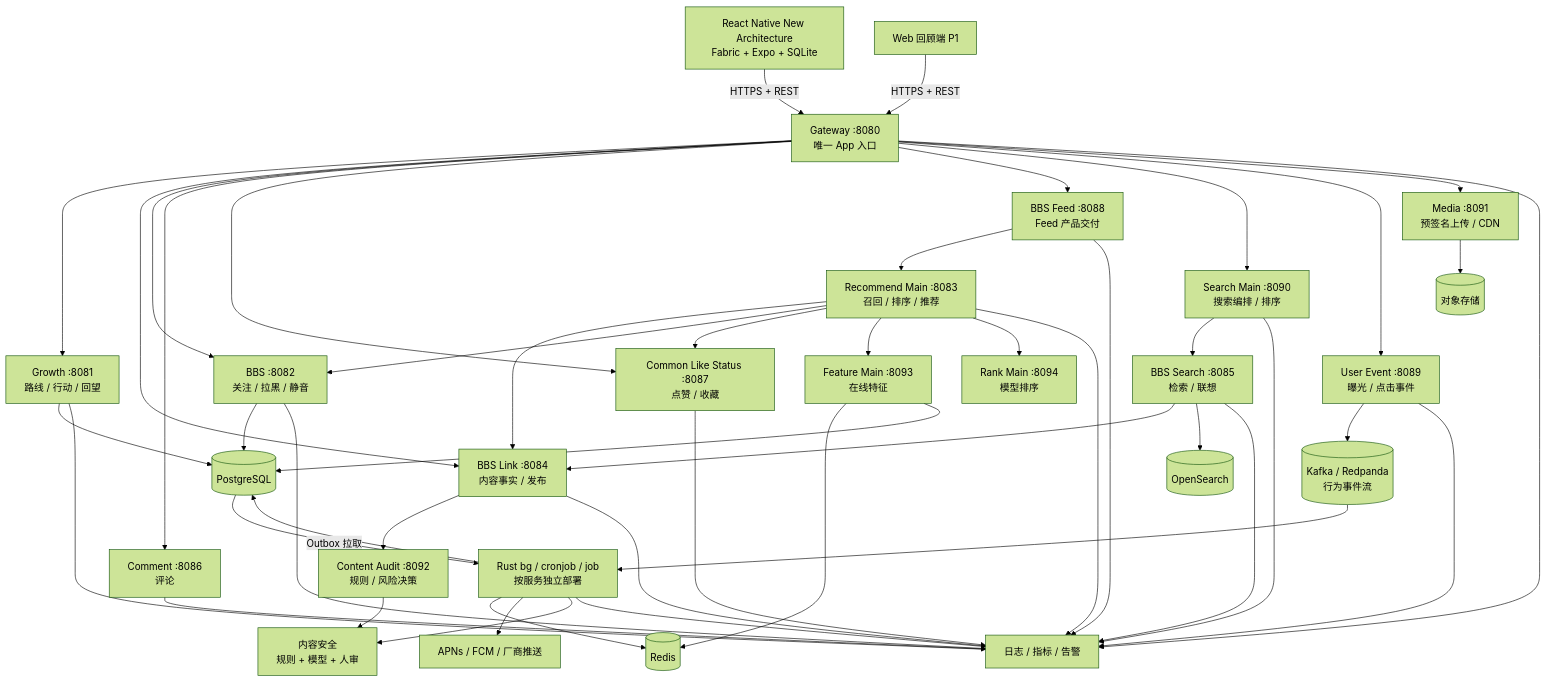
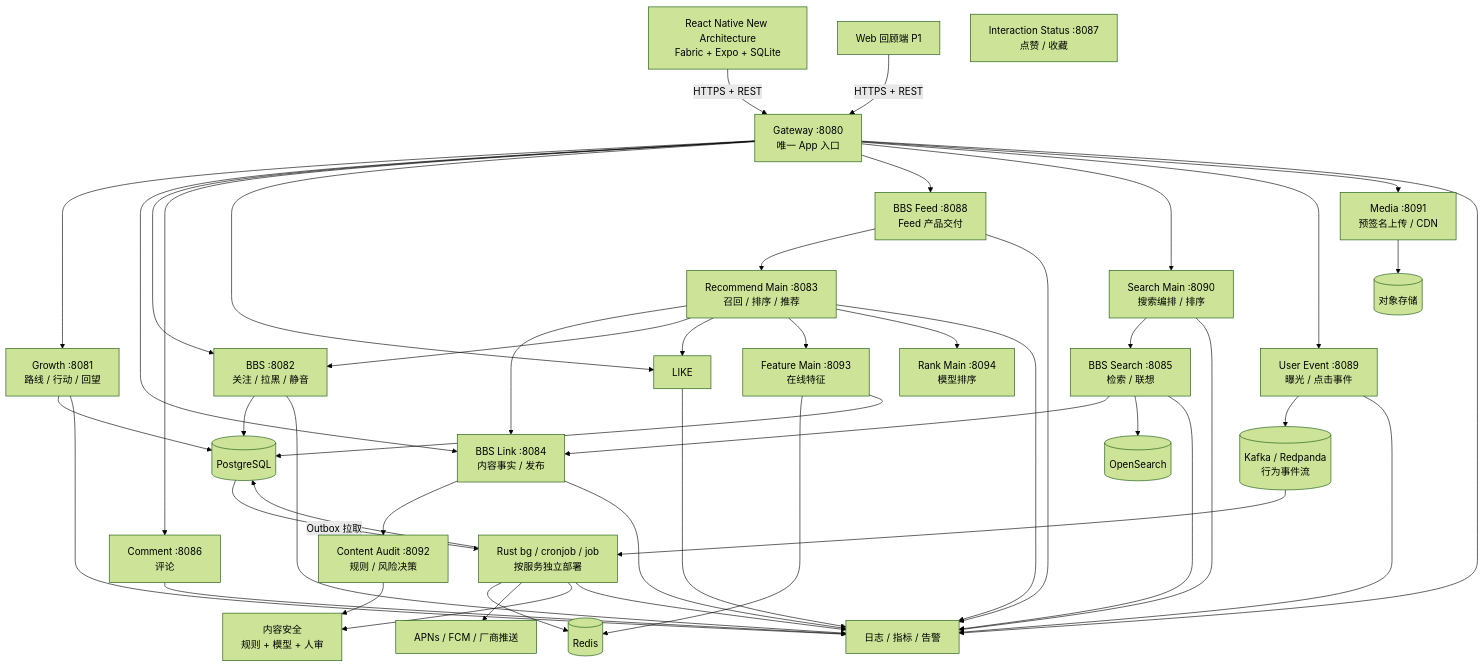
One commit to cv70/bookway changed the third of 5 diagrams in README.md. Above: the diagram before and after it, drawn with Mermaid (forest theme). The commit also changed other lines of this file and 298 other files, not shown here.

````diff
--- a/README.md
+++ b/README.md
@@ -760,76 +760,76 @@
 ```mermaid
 flowchart TB
     APP[React Native New Architecture<br/>Fabric + Expo + SQLite]
     WEB[Web 回顾端 P1]
     GW[Gateway :8080<br/>唯一 App 入口]
     GROWTH[Growth :8081<br/>路线 / 行动 / 回望]
     BBS[BBS :8082<br/>关注 / 拉黑 / 静音]
     RECOMMEND[Recommend Main :8083<br/>召回 / 排序 / 推荐]
     LINK[BBS Link :8084<br/>内容事实 / 发布]
     BBSSEARCH[BBS Search :8085<br/>检索 / 联想]
     COMMENT[Comment :8086<br/>评论]
-    LIKE[Common Like Status :8087<br/>点赞 / 收藏]
+    INTERACTION[Interaction Status :8087<br/>点赞 / 收藏]
     BBSFEED[BBS Feed :8088<br/>Feed 产品交付]
     USEREVENT[User Event :8089<br/>曝光 / 点击事件]
     SEARCHMAIN[Search Main :8090<br/>搜索编排 / 排序]
     MEDIA[Media :8091<br/>预签名上传 / CDN]
     AUDIT[Content Audit :8092<br/>规则 / 风险决策]
     FEATURE[Feature Main :8093<br/>在线特征]
     RANK[Rank Main :8094<br/>模型排序]
     WORKER[Rust bg / cronjob / job<br/>按服务独立部署]
     PG[(PostgreSQL)]
     EVENTBUS[(Kafka / Redpanda<br/>行为事件流)]
     REDIS[(Redis)]
     OSS[(对象存储)]
     SEARCH[(OpenSearch)]
     SAFETY[内容安全<br/>规则 + 模型 + 人审]
     PUSH[APNs / FCM / 厂商推送]
     OBS[日志 / 指标 / 告警]
 
     APP -->|HTTPS + REST| GW
     WEB -->|HTTPS + REST| GW
     GW --> GROWTH
     GW --> LINK
     GW --> BBS
     GW --> COMMENT
     GW --> LIKE
     GW --> BBSFEED
     GW --> SEARCHMAIN
     GW --> USEREVENT
     GW --> MEDIA
     BBSFEED --> RECOMMEND
     RECOMMEND --> LINK
     RECOMMEND --> BBS
     RECOMMEND --> LIKE
     RECOMMEND --> FEATURE
     RECOMMEND --> RANK
     SEARCHMAIN --> BBSSEARCH
     BBSSEARCH --> LINK
     GROWTH --> PG
     BBS --> PG
     FEATURE --> REDIS
     FEATURE --> PG
     MEDIA --> OSS
     LINK --> AUDIT
     BBSSEARCH --> SEARCH
     USEREVENT --> EVENTBUS
     GW --> OBS
     GROWTH --> OBS
     BBS --> OBS
     RECOMMEND --> OBS
     LINK --> OBS
     BBSSEARCH --> OBS
     COMMENT --> OBS
     LIKE --> OBS
     BBSFEED --> OBS
     USEREVENT --> OBS
     SEARCHMAIN --> OBS
     PG -->|Outbox 拉取| WORKER
     EVENTBUS --> WORKER
     WORKER --> REDIS
     WORKER --> PG
     WORKER --> PUSH
     WORKER --> SAFETY
     AUDIT --> SAFETY
     WORKER --> OBS
 ```
````
